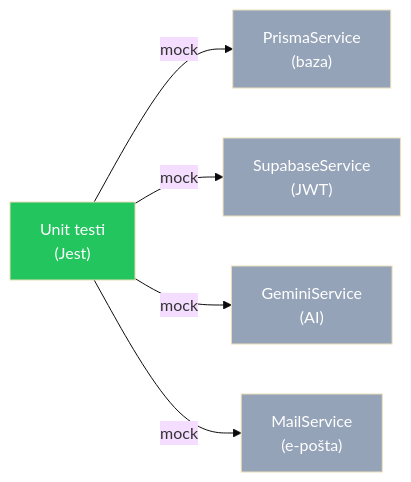
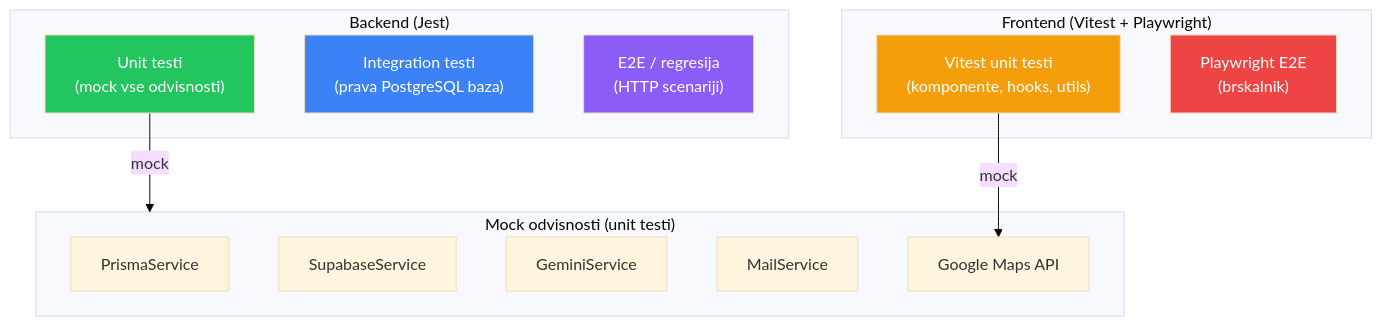
One commit to Anchevskiii/Routiq changed the diagram in docs/testing.md. Above: the diagram before and after it, drawn with Mermaid (base theme). The commit also changed other lines of this file and 9 other files, not shown here.

````diff
--- a/docs/testing.md
+++ b/docs/testing.md
@@ -28,13 +28,30 @@
 ```mermaid
-graph LR
-    Unit["Unit testi\n(Jest)"] -->|"mock"| Prisma["PrismaService\n(baza)"]
-    Unit -->|"mock"| Supabase["SupabaseService\n(JWT)"]
-    Unit -->|"mock"| Gemini["GeminiService\n(AI)"]
-    Unit -->|"mock"| Mail["MailService\n(e-pošta)"]
+graph TB
+    subgraph Backend["Backend (Jest)"]
+        Unit["Unit testi\n(mock vse odvisnosti)"]
+        Integration["Integration testi\n(prava PostgreSQL baza)"]
+        E2E_BE["E2E / regresija\n(HTTP scenariji)"]
+    end
+
+    subgraph Frontend["Frontend (Vitest + Playwright)"]
+        VTest["Vitest unit testi\n(komponente, hooks, utils)"]
+        Playwright["Playwright E2E\n(brskalnik)"]
+    end
+
+    subgraph Mocks["Mock odvisnosti (unit testi)"]
+        Prisma["PrismaService"]
+        Supabase["SupabaseService"]
+        Gemini["GeminiService"]
+        Mail["MailService"]
+        GMaps["Google Maps API"]
+    end
+
+    Unit -->|"mock"| Mocks
+    VTest -->|"mock"| GMaps
 
     style Unit fill:#22c55e,color:#fff
-    style Prisma fill:#94a3b8,color:#fff
-    style Supabase fill:#94a3b8,color:#fff
-    style Gemini fill:#94a3b8,color:#fff
-    style Mail fill:#94a3b8,color:#fff
+    style Integration fill:#3b82f6,color:#fff
+    style E2E_BE fill:#8b5cf6,color:#fff
+    style VTest fill:#f59e0b,color:#fff
+    style Playwright fill:#ef4444,color:#fff
 ```
````
